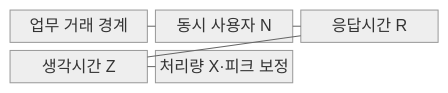
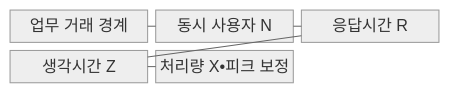
The first of 2 diagrams in src/content/docs/notes/06-evaluation/007_tps_calculation.md (agnusdei1207/knowledge-base), drawn with Mermaid (neutral theme) before and after one commit. The commit also changed other lines of this file and 953 other files, not shown here.

````diff
--- a/src/content/docs/notes/06-evaluation/007_tps_calculation.md
+++ b/src/content/docs/notes/06-evaluation/007_tps_calculation.md
@@ -65,13 +65,13 @@
 ```mermaid
 block-beta
   columns 3
   T["업무 거래 경계"]
   N["동시 사용자 N"]
   R["응답시간 R"]
   Z["생각시간 Z"]
-  X["처리량 X·피크 보정"]
+  X["처리량 X•피크 보정"]
   T --- N
   N --- R
   R --- Z
   Z --- X
 ```
````
